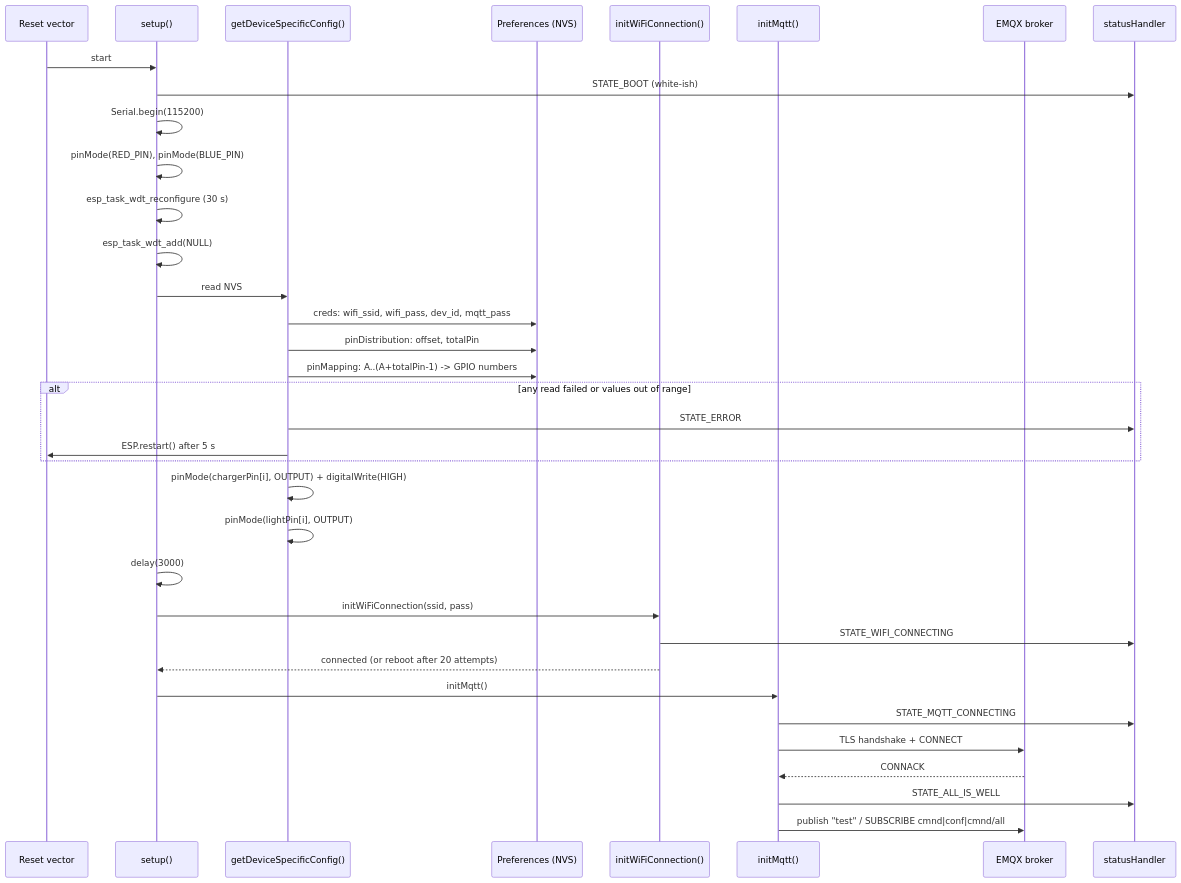
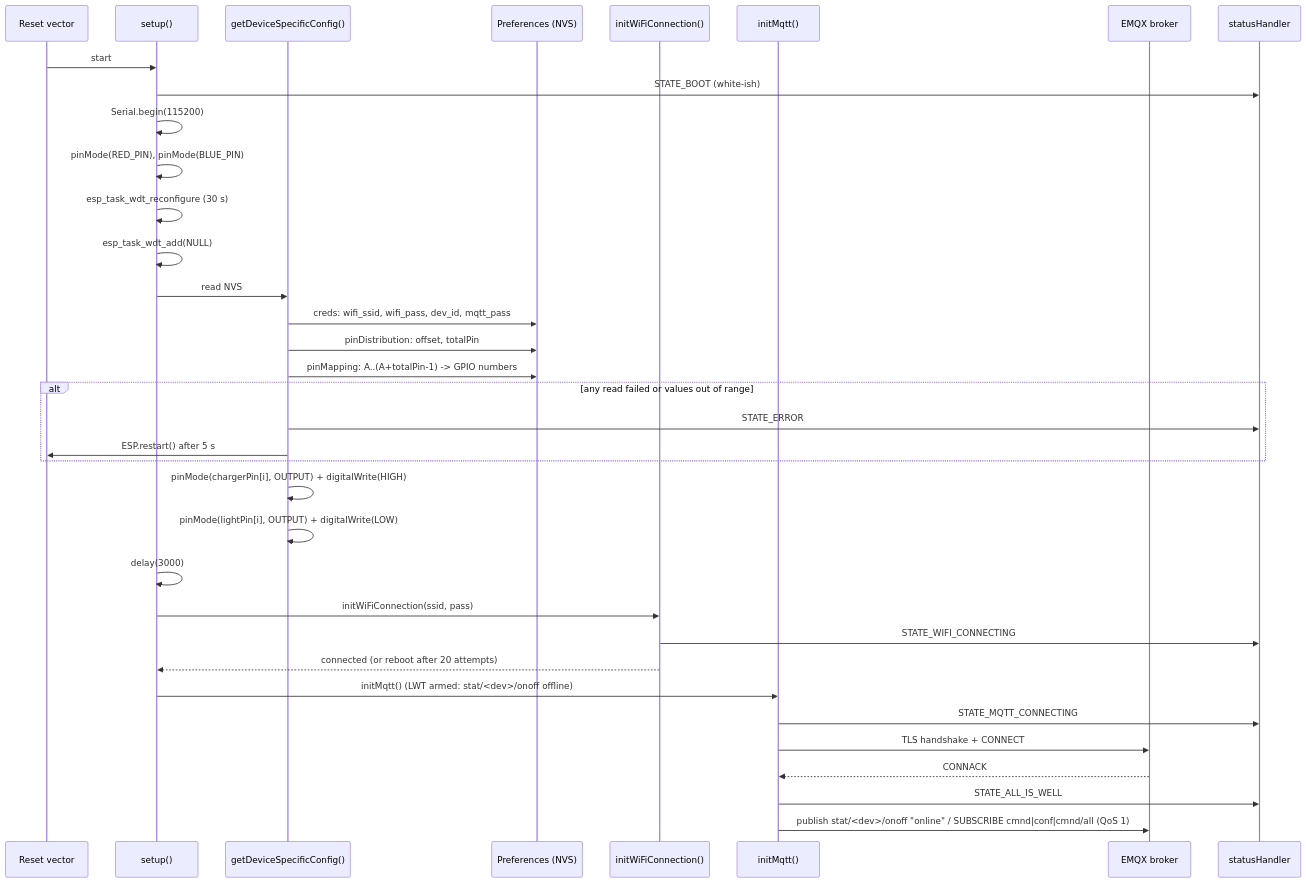
The second of 5 diagrams in DOCUMENTATION.md (pnv28/grdflo-microcontroller), drawn with Mermaid before and after one commit. The commit also changed other lines of this file and 5 other files, not shown here.

````diff
--- a/DOCUMENTATION.md
+++ b/DOCUMENTATION.md
@@ -202,38 +214,38 @@
 ```mermaid
 sequenceDiagram
     participant Boot as Reset vector
     participant Setup as setup()
     participant Cfg as getDeviceSpecificConfig()
     participant NVS as Preferences (NVS)
     participant Wifi as initWiFiConnection()
     participant Mqtt as initMqtt()
     participant Broker as EMQX broker
     participant LED as statusHandler
 
     Boot->>Setup: start
     Setup->>LED: STATE_BOOT (white-ish)
     Setup->>Setup: Serial.begin(115200)
     Setup->>Setup: pinMode(RED_PIN), pinMode(BLUE_PIN)
     Setup->>Setup: esp_task_wdt_reconfigure (30 s)
     Setup->>Setup: esp_task_wdt_add(NULL)
     Setup->>Cfg: read NVS
     Cfg->>NVS: creds: wifi_ssid, wifi_pass, dev_id, mqtt_pass
     Cfg->>NVS: pinDistribution: offset, totalPin
     Cfg->>NVS: pinMapping: A..(A+totalPin-1) -> GPIO numbers
     alt any read failed or values out of range
         Cfg->>LED: STATE_ERROR
         Cfg->>Boot: ESP.restart() after 5 s
     end
     Cfg->>Cfg: pinMode(chargerPin[i], OUTPUT) + digitalWrite(HIGH)
-    Cfg->>Cfg: pinMode(lightPin[i], OUTPUT)
+    Cfg->>Cfg: pinMode(lightPin[i], OUTPUT) + digitalWrite(LOW)
     Setup->>Setup: delay(3000)
     Setup->>Wifi: initWiFiConnection(ssid, pass)
     Wifi->>LED: STATE_WIFI_CONNECTING
     Wifi-->>Setup: connected (or reboot after 20 attempts)
-    Setup->>Mqtt: initMqtt()
+    Setup->>Mqtt: initMqtt() (LWT armed: stat/<dev>/onoff offline)
     Mqtt->>LED: STATE_MQTT_CONNECTING
     Mqtt->>Broker: TLS handshake + CONNECT
     Broker-->>Mqtt: CONNACK
     Mqtt->>LED: STATE_ALL_IS_WELL
-    Mqtt->>Broker: publish "test" / SUBSCRIBE cmnd|conf|cmnd/all
+    Mqtt->>Broker: publish stat/<dev>/onoff "online" / SUBSCRIBE cmnd|conf|cmnd/all (QoS 1)
 ```
````
